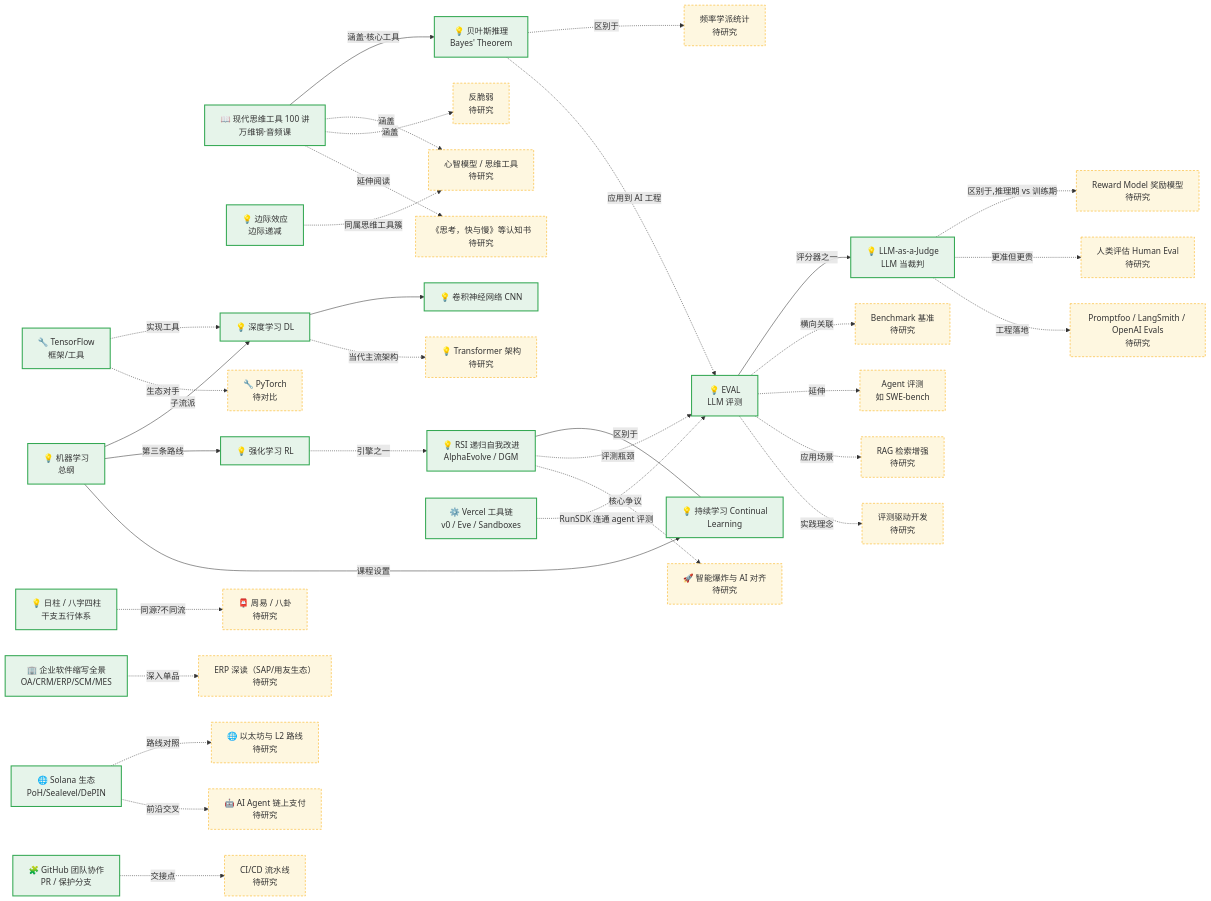
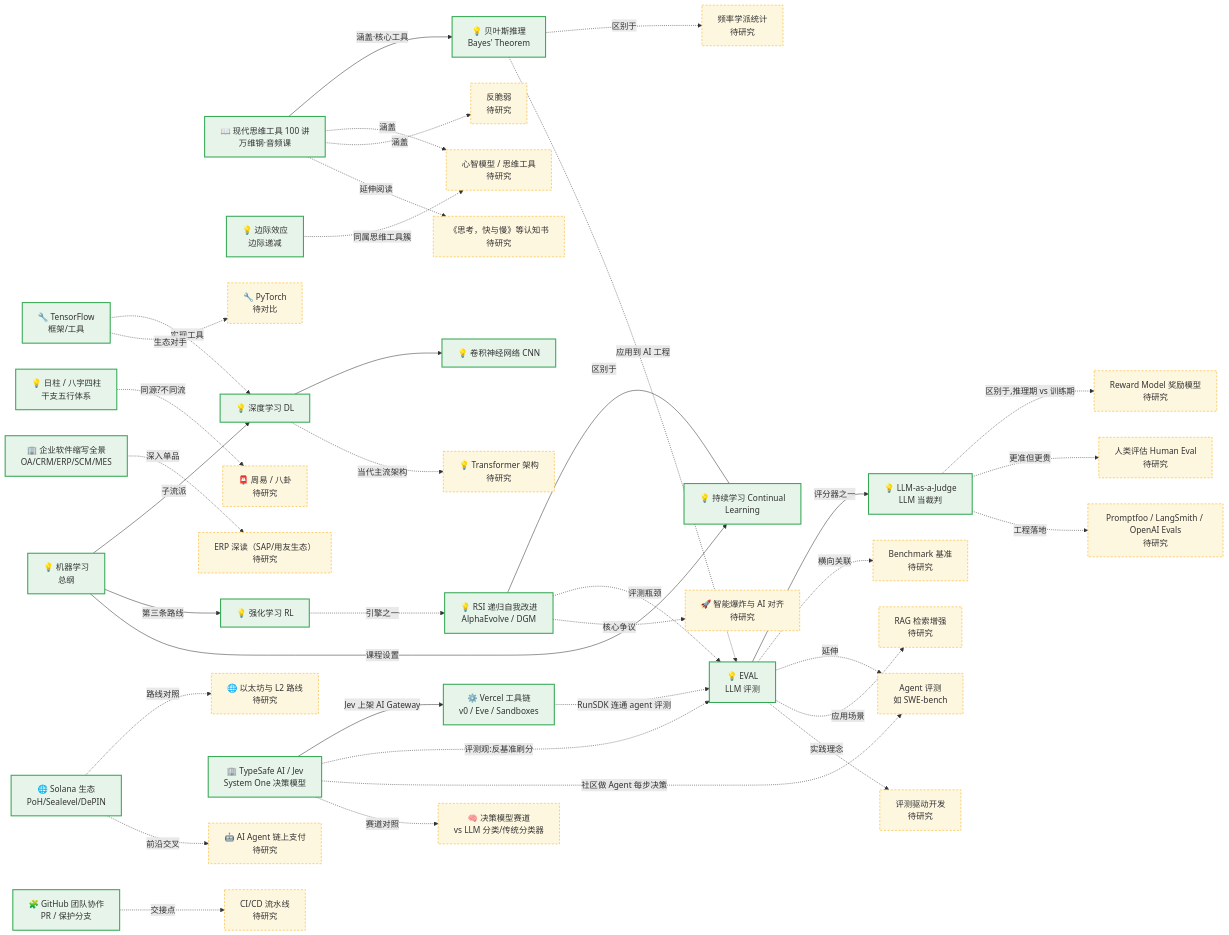
The diagram in relations.md (1739467001-svg/info-search), drawn with Mermaid before and after one commit. The commit also changed other lines of this file and 3 other files, not shown here.

Commit message:
docs: 新增《TypeSafe AI》企业调查专题(官网/文档/a16z/GitHub/OpenRouter/arXiv 多源核实)，更正 Vercel 篇 Jev 归属误记

````diff
--- a/relations.md
+++ b/relations.md
@@ -69,6 +69,13 @@
     VZ["⚙️ Vercel 工具链<br/>v0 / Eve / Sandboxes"]:::done
     VZ -.->|RunSDK 连通 agent 评测| EVAL
 
+    TS["🏢 TypeSafe AI / Jev<br/>System One 决策模型"]:::done
+    DM["🧠 决策模型赛道<br/>vs LLM 分类/传统分类器"]:::td
+    TS -->|Jev 上架 AI Gateway| VZ
+    TS -.->|评测观:反基准刷分| EVAL
+    TS -.->|社区做 Agent 每步决策| AGENT
+    TS -.->|赛道对照| DM
+
     GH["🧩 GitHub 团队协作<br/>PR / 保护分支"]:::done
     GHC["CI/CD 流水线<br/>待研究"]:::td
     GH -.->|交接点| GHC
@@ -82,7 +89,8 @@
 class RSI done;
 class ENT done;
 class SOL done;
-class VZ done;
-class GH done;
-class TR,PT,BAG,IE,ERPD,ETHC,AIAGENT,GHC,FREQ,RM,HMAN,BENCH,AGENT,RAG,EDD,TOOL,FWK,ANTF,TBOOK td;
+    class VZ done;
+    class GH done;
+    class TS done;
+    class TR,PT,BAG,IE,ERPD,ETHC,AIAGENT,GHC,FREQ,RM,HMAN,BENCH,AGENT,RAG,EDD,TOOL,FWK,ANTF,TBOOK,DM td;
 ```
````
